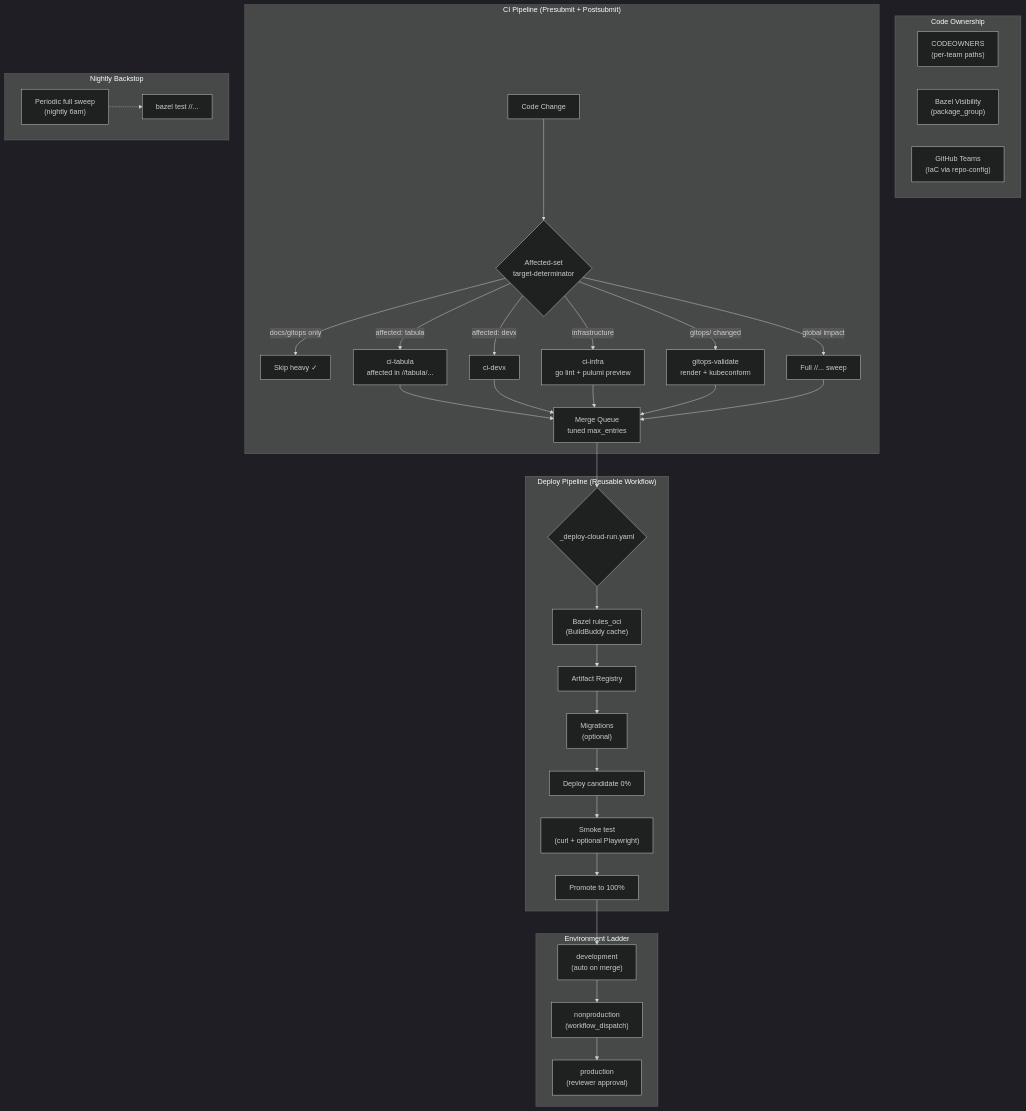
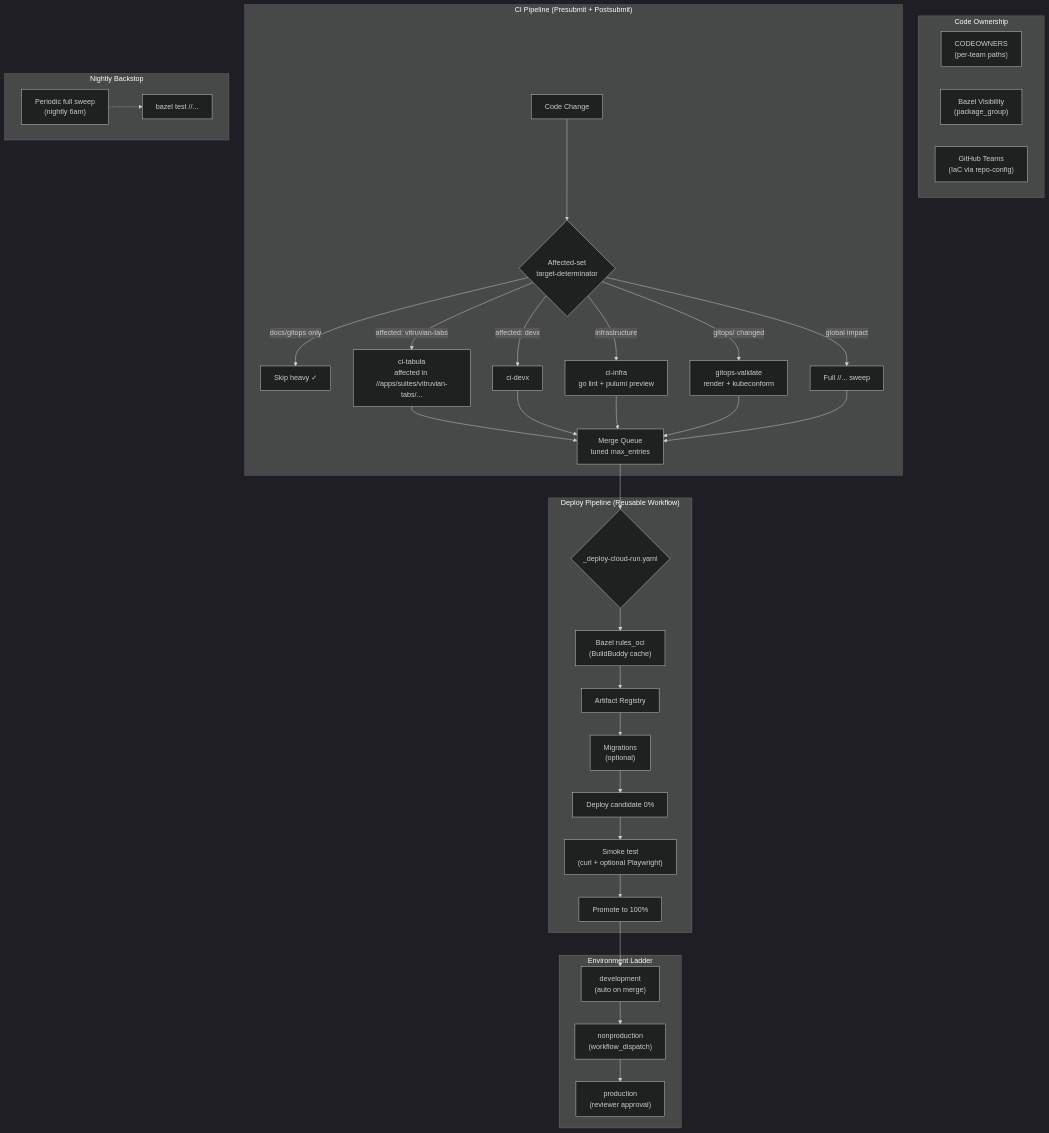
The diagram in docs/archive/assessments/repo-assessment.md (VitruvianSoftware/vitruvian-core), drawn with Mermaid (dark theme) before and after one commit. The commit also changed other lines of this file and 1127 other files, not shown here.

````diff
--- a/docs/archive/assessments/repo-assessment.md
+++ b/docs/archive/assessments/repo-assessment.md
@@ -604,43 +604,43 @@
 ```mermaid
 graph TB
     subgraph "Code Ownership"
         CO["CODEOWNERS<br/>(per-team paths)"]
         VIS["Bazel Visibility<br/>(package_group)"]
         TEAMS["GitHub Teams<br/>(IaC via repo-config)"]
     end
 
     subgraph "CI Pipeline (Presubmit + Postsubmit)"
         PR[Code Change] --> GATE{"Affected-set<br/>target-determinator"}
         GATE -->|docs/gitops only| SKIP["Skip heavy ✓"]
         GATE -->|gitops/ changed| GV["gitops-validate<br/>render + kubeconform"]
-        GATE -->|affected: tabula| CI_T["ci-tabula<br/>affected in //tabula/..."]
+        GATE -->|affected: vitruvian-tabs| CI_T["ci-tabula<br/>affected in //apps/suites/vitruvian-tabs/..."]
         GATE -->|affected: devx| CI_D["ci-devx"]
         GATE -->|infrastructure| CI_I["ci-infra<br/>go lint + pulumi preview"]
         GATE -->|global impact| FULL["Full //... sweep"]
         CI_T --> MQ["Merge Queue<br/>tuned max_entries"]
         CI_D --> MQ
         CI_I --> MQ
         GV --> MQ
         FULL --> MQ
     end
 
     subgraph "Deploy Pipeline (Reusable Workflow)"
         MQ --> DEPLOY{"_deploy-cloud-run.yaml"}
         DEPLOY --> BUILD["Bazel rules_oci<br/>(BuildBuddy cache)"]
         BUILD --> PUSH["Artifact Registry"]
         PUSH --> MIGRATE["Migrations<br/>(optional)"]
         MIGRATE --> CANDIDATE["Deploy candidate 0%"]
         CANDIDATE --> SMOKE["Smoke test<br/>(curl + optional Playwright)"]
         SMOKE --> PROMOTE["Promote to 100%"]
     end
 
     subgraph "Environment Ladder"
         PROMOTE --> DEV["development<br/>(auto on merge)"]
         DEV --> NONPROD["nonproduction<br/>(workflow_dispatch)"]
         NONPROD --> PROD["production<br/>(reviewer approval)"]
     end
 
     subgraph "Nightly Backstop"
         CRON["Periodic full sweep<br/>(nightly 6am)"] -.-> FULL_W["bazel test //..."]
     end
 ```
````
